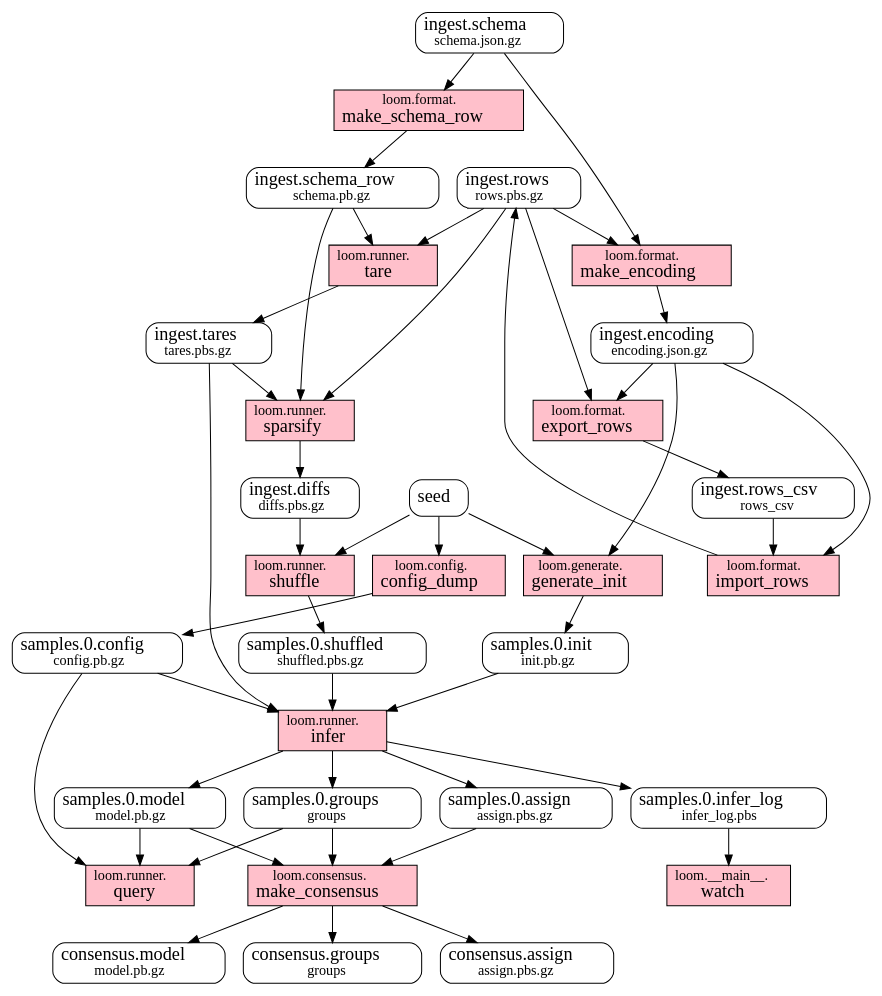
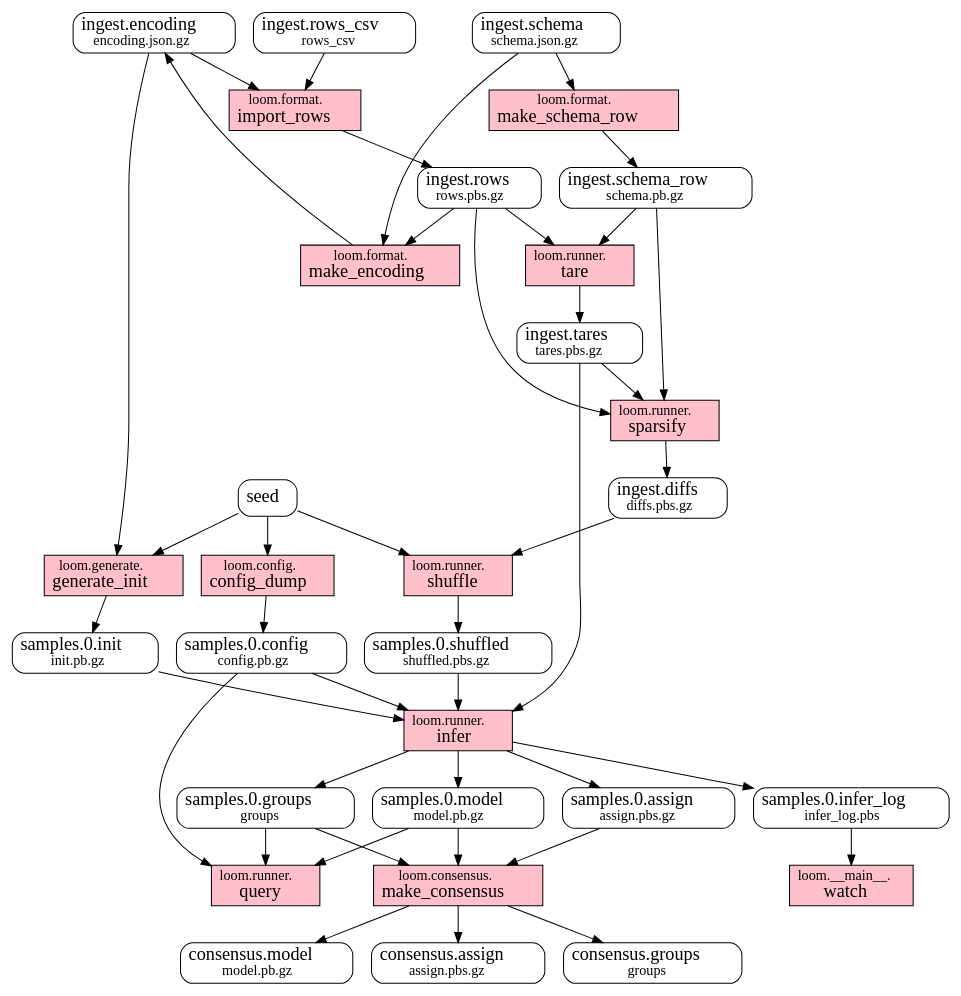
Before and after one commit to priorknowledge/loom: the diagram in doc/dataflow.dot, drawn with Graphviz. The commit also changed 2 other files, not shown here.

Commit message:
Switch export_rows to test role

```diff
--- a/doc/dataflow.dot
+++ b/doc/dataflow.dot
@@ -1,91 +1,87 @@
 // this file was generated by /home/fobermeyer/sf/loom/loom/documented.py
 digraph G {
   overlap=false;
 
   // data
   {
     node [shape=Mrecord];
     samples_0_model [label=<<FONT POINT-SIZE="18">samples.0.model</FONT><BR/>model.pb.gz>];
+    ingest_rows_csv [label=<<FONT POINT-SIZE="18">ingest.rows_csv</FONT><BR/>rows_csv>];
     consensus_model [label=<<FONT POINT-SIZE="18">consensus.model</FONT><BR/>model.pb.gz>];
-    consensus_groups [label=<<FONT POINT-SIZE="18">consensus.groups</FONT><BR/>groups>];
-    ingest_diffs [label=<<FONT POINT-SIZE="18">ingest.diffs</FONT><BR/>diffs.pbs.gz>];
+    ingest_schema [label=<<FONT POINT-SIZE="18">ingest.schema</FONT><BR/>schema.json.gz>];
     samples_0_init [label=<<FONT POINT-SIZE="18">samples.0.init</FONT><BR/>init.pb.gz>];
     samples_0_shuffled [label=<<FONT POINT-SIZE="18">samples.0.shuffled</FONT><BR/>shuffled.pbs.gz>];
     samples_0_assign [label=<<FONT POINT-SIZE="18">samples.0.assign</FONT><BR/>assign.pbs.gz>];
     samples_0_infer_log [label=<<FONT POINT-SIZE="18">samples.0.infer_log</FONT><BR/>infer_log.pbs>];
     consensus_assign [label=<<FONT POINT-SIZE="18">consensus.assign</FONT><BR/>assign.pbs.gz>];
     ingest_rows [label=<<FONT POINT-SIZE="18">ingest.rows</FONT><BR/>rows.pbs.gz>];
     ingest_tares [label=<<FONT POINT-SIZE="18">ingest.tares</FONT><BR/>tares.pbs.gz>];
-    seed [label=<<FONT POINT-SIZE="18">seed</FONT>>];
+    consensus_groups [label=<<FONT POINT-SIZE="18">consensus.groups</FONT><BR/>groups>];
     samples_0_config [label=<<FONT POINT-SIZE="18">samples.0.config</FONT><BR/>config.pb.gz>];
     ingest_schema_row [label=<<FONT POINT-SIZE="18">ingest.schema_row</FONT><BR/>schema.pb.gz>];
-    ingest_schema [label=<<FONT POINT-SIZE="18">ingest.schema</FONT><BR/>schema.json.gz>];
+    ingest_encoding [label=<<FONT POINT-SIZE="18">ingest.encoding</FONT><BR/>encoding.json.gz>];
     samples_0_groups [label=<<FONT POINT-SIZE="18">samples.0.groups</FONT><BR/>groups>];
-    ingest_rows_csv [label=<<FONT POINT-SIZE="18">ingest.rows_csv</FONT><BR/>rows_csv>];
-    ingest_encoding [label=<<FONT POINT-SIZE="18">ingest.encoding</FONT><BR/>encoding.json.gz>];
+    seed [label=<<FONT POINT-SIZE="18">seed</FONT>>];
+    ingest_diffs [label=<<FONT POINT-SIZE="18">ingest.diffs</FONT><BR/>diffs.pbs.gz>];
   }
 
   // transforms
   {
     node [shape=box, style=filled];
 
     tare [label=<loom.runner.<BR/><FONT POINT-SIZE="18">tare</FONT>>, fillcolor=pink];
-    export_rows [label=<loom.format.<BR/><FONT POINT-SIZE="18">export_rows</FONT>>, fillcolor=pink];
     query [label=<loom.runner.<BR/><FONT POINT-SIZE="18">query</FONT>>, fillcolor=pink];
     watch [label=<loom.__main__.<BR/><FONT POINT-SIZE="18">watch</FONT>>, fillcolor=pink];
     config_dump [label=<loom.config.<BR/><FONT POINT-SIZE="18">config_dump</FONT>>, fillcolor=pink];
     sparsify [label=<loom.runner.<BR/><FONT POINT-SIZE="18">sparsify</FONT>>, fillcolor=pink];
     generate_init [label=<loom.generate.<BR/><FONT POINT-SIZE="18">generate_init</FONT>>, fillcolor=pink];
     make_encoding [label=<loom.format.<BR/><FONT POINT-SIZE="18">make_encoding</FONT>>, fillcolor=pink];
     shuffle [label=<loom.runner.<BR/><FONT POINT-SIZE="18">shuffle</FONT>>, fillcolor=pink];
     make_schema_row [label=<loom.format.<BR/><FONT POINT-SIZE="18">make_schema_row</FONT>>, fillcolor=pink];
     make_consensus [label=<loom.consensus.<BR/><FONT POINT-SIZE="18">make_consensus</FONT>>, fillcolor=pink];
     infer [label=<loom.runner.<BR/><FONT POINT-SIZE="18">infer</FONT>>, fillcolor=pink];
     import_rows [label=<loom.format.<BR/><FONT POINT-SIZE="18">import_rows</FONT>>, fillcolor=pink];
 
     ingest_schema_row -> tare [weight=1.0];
     ingest_rows -> tare [weight=1.0];
     tare -> ingest_tares [weight=1.0];
-    ingest_encoding -> export_rows [weight=1.0];
-    ingest_rows -> export_rows [weight=1.0];
-    export_rows -> ingest_rows_csv [weight=1.0];
     samples_0_config -> query [weight=1.0];
     samples_0_model -> query [weight=1.0];
     samples_0_groups -> query [weight=1.0];
     samples_0_infer_log -> watch [weight=1.0];
     seed -> config_dump [weight=1.0];
     config_dump -> samples_0_config [weight=1.0];
     ingest_schema_row -> sparsify [weight=1.0];
     ingest_tares -> sparsify [weight=1.0];
     ingest_rows -> sparsify [weight=1.0];
     sparsify -> ingest_diffs [weight=1.0];
     ingest_encoding -> generate_init [weight=1.0];
     seed -> generate_init [weight=1.0];
     generate_init -> samples_0_init [weight=1.0];
     ingest_schema -> make_encoding [weight=1.0];
     ingest_rows -> make_encoding [weight=1.0];
     make_encoding -> ingest_encoding [weight=1.0];
     ingest_diffs -> shuffle [weight=1.0];
     seed -> shuffle [weight=1.0];
     shuffle -> samples_0_shuffled [weight=1.0];
     ingest_schema -> make_schema_row [weight=1.0];
     make_schema_row -> ingest_schema_row [weight=1.0];
     samples_0_model -> make_consensus [weight=1.0];
     samples_0_groups -> make_consensus [weight=1.0];
     samples_0_assign -> make_consensus [weight=1.0];
     make_consensus -> consensus_model [weight=1.0];
     make_consensus -> consensus_groups [weight=1.0];
     make_consensus -> consensus_assign [weight=1.0];
     samples_0_config -> infer [weight=1.0];
     samples_0_shuffled -> infer [weight=1.0];
     ingest_tares -> infer [weight=1.0];
     samples_0_init -> infer [weight=1.0];
     infer -> samples_0_model [weight=1.0];
     infer -> samples_0_groups [weight=1.0];
     infer -> samples_0_assign [weight=1.0];
     infer -> samples_0_infer_log [weight=1.0];
     ingest_encoding -> import_rows [weight=1.0];
     ingest_rows_csv -> import_rows [weight=1.0];
     import_rows -> ingest_rows [weight=1.0];
   }
 }
```
